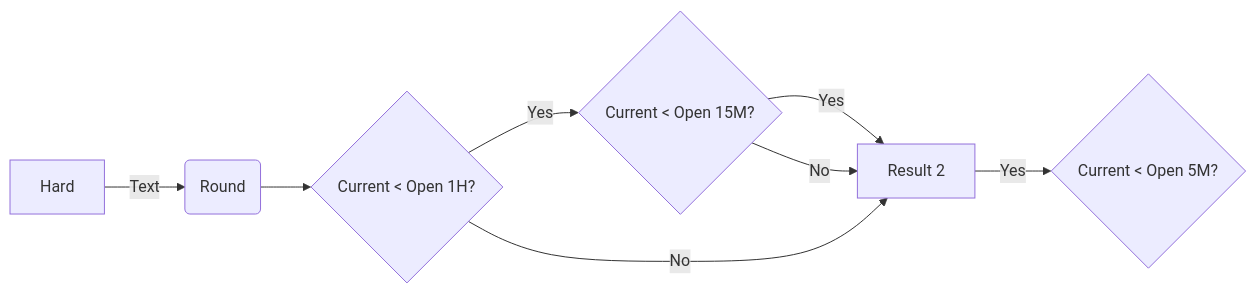
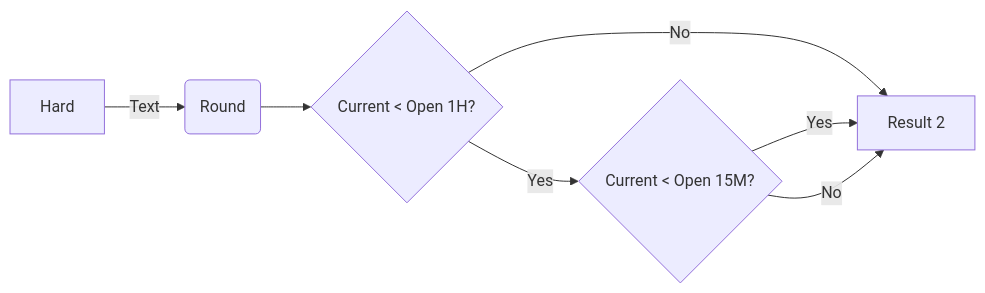
Before and after one commit to venoajie/MyApp: the diagram in strategy_analysis.md, drawn with Mermaid.

````diff
--- a/strategy_analysis.md
+++ b/strategy_analysis.md
@@ -13,11 +13,10 @@
 ```mermaid
 flowchart LR
 
 A[Hard] -->|Text| B(Round)
 B --> C{Current < Open 1H?}
 C -->|Yes| D{Current < Open 15M?}
+C -->|No| E[Result 2]
 D -->|Yes| E{Current < Open 5M?}
 D -->|No| E[Result 2]
-E -->|Yes| F{Current < Open 5M?}
-C -->|No| E[Result 2]
 ```
````
